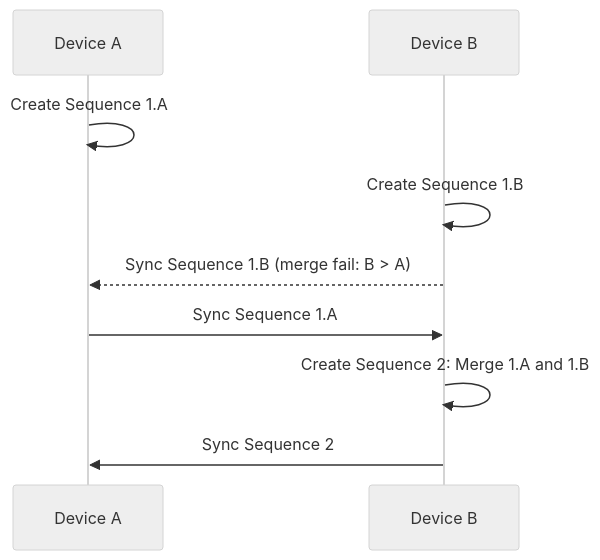
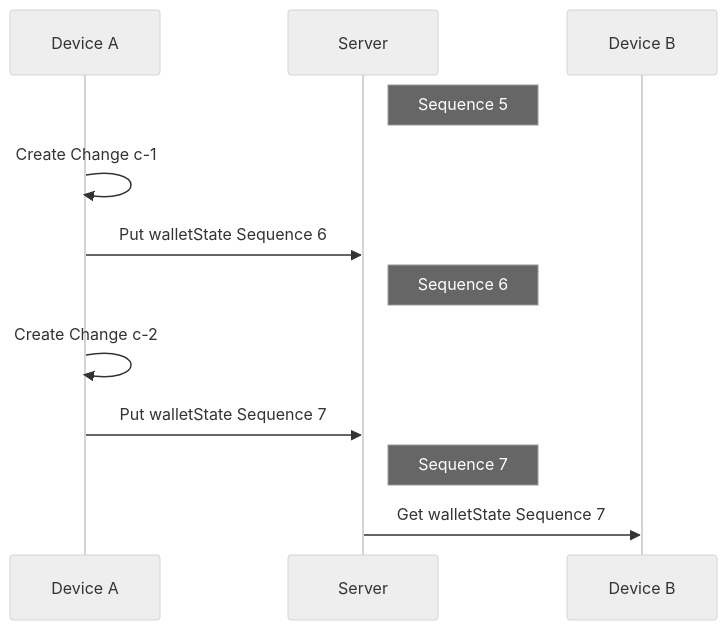
One commit to orblivion/lbry-wallet-sync-draft changed the third of 16 diagrams in spec/sync.md. Above: the diagram before and after it, drawn with Mermaid (neutral theme). The commit also changed other lines of this file and 17 other files, not shown here.

````diff
--- a/spec/sync.md
+++ b/spec/sync.md
@@ -68,9 +91,16 @@
 ```mermaid
   sequenceDiagram
-    Device A->>Device A: Create Sequence 1.A
-    Device B->>Device B: Create Sequence 1.B
-    Device B-->>Device A: Sync Sequence 1.B (merge fail: B > A)
-    Device A->>Device B: Sync Sequence 1.A
-    Device B->>Device B: Create Sequence 2: Merge 1.A and 1.B
-    Device B->>Device A: Sync Sequence 2
+    participant Device A
+    participant Server
+    participant Device B
+
+    Note right of Server: Sequence 5
+
+    Device A->>Device A: Create Change c-1
+    Device A->>Server: Put walletState Sequence 6
+    Note right of Server: Sequence 6
+    Device A->>Device A: Create Change c-2
+    Device A->>Server: Put walletState Sequence 7
+    Note right of Server: Sequence 7
+    Server->>Device B: Get walletState Sequence 7
 ```
````
